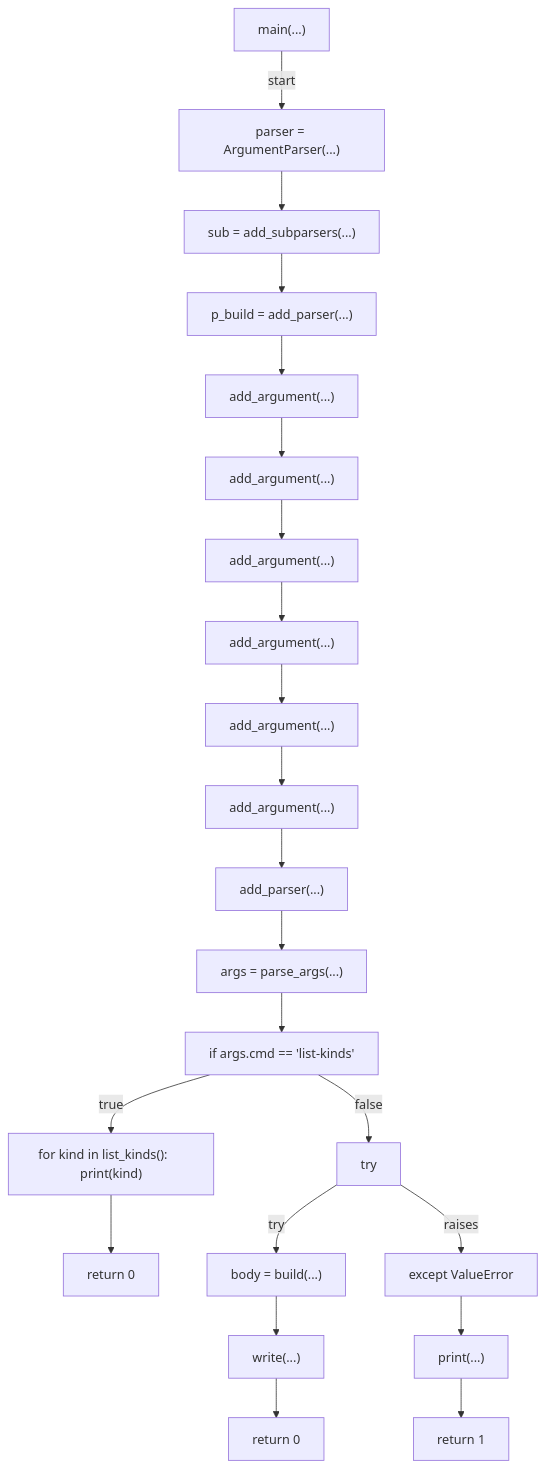
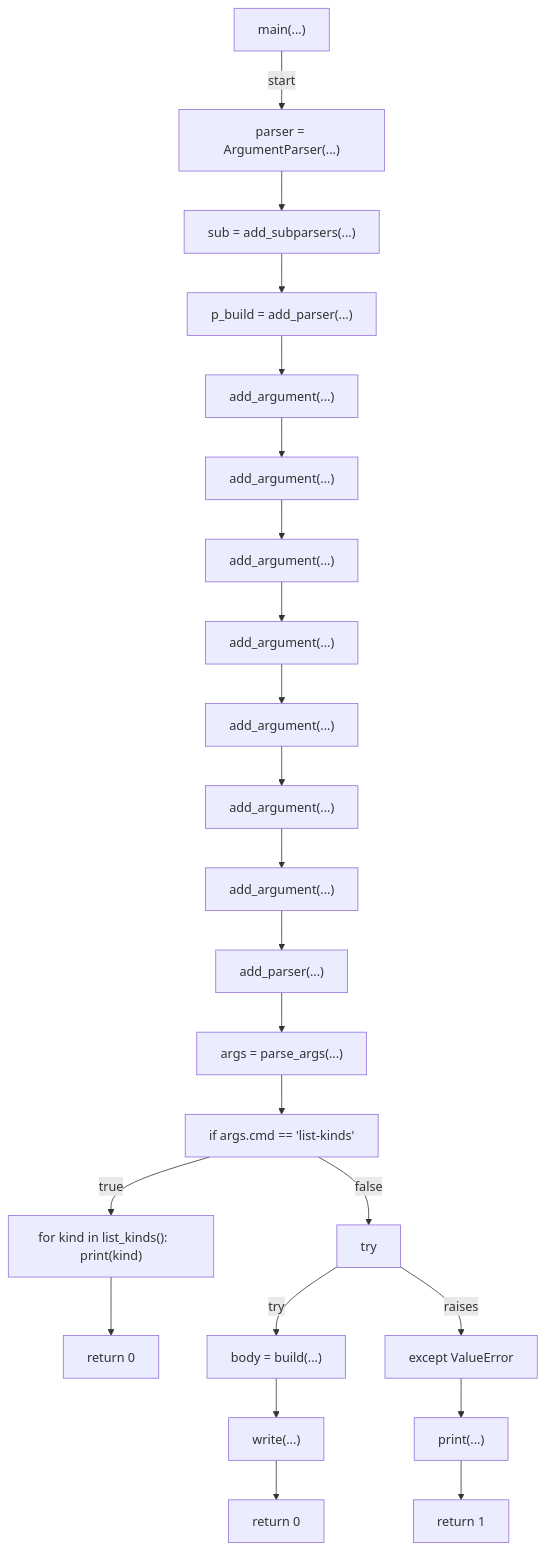
The fifth of 5 diagrams in docs/generated/scripts/ast/pr_body_builder.md (tvna/claude-md), drawn with Mermaid before and after one commit. The commit also changed other lines of this file and 1 other file, not shown here.

Commit message:
docs(generated): regenerate decision tree and workflow diagrams
Refs #960

````diff
--- a/docs/generated/scripts/ast/pr_body_builder.md
+++ b/docs/generated/scripts/ast/pr_body_builder.md
@@ -79,46 +86,48 @@
 ```mermaid
 flowchart TD
     N001["main(...)"]
     N002["parser = ArgumentParser(...)"]
     N003["sub = add_subparsers(...)"]
     N004["p_build = add_parser(...)"]
     N005["add_argument(...)"]
     N006["add_argument(...)"]
     N007["add_argument(...)"]
     N008["add_argument(...)"]
     N009["add_argument(...)"]
     N010["add_argument(...)"]
-    N011["add_parser(...)"]
-    N012["args = parse_args(...)"]
-    N013["if args.cmd == 'list-kinds'"]
-    N014["for kind in list_kinds():     print(kind)"]
-    N015["return 0"]
-    N016["try"]
-    N017["body = build(...)"]
-    N018["except ValueError"]
-    N019["print(...)"]
-    N020["return 1"]
-    N021["write(...)"]
-    N022["return 0"]
+    N011["add_argument(...)"]
+    N012["add_parser(...)"]
+    N013["args = parse_args(...)"]
+    N014["if args.cmd == 'list-kinds'"]
+    N015["for kind in list_kinds():     print(kind)"]
+    N016["return 0"]
+    N017["try"]
+    N018["body = build(...)"]
+    N019["except ValueError"]
+    N020["print(...)"]
+    N021["return 1"]
+    N022["write(...)"]
+    N023["return 0"]
     N001 -->|"start"| N002
     N002 --> N003
     N003 --> N004
     N004 --> N005
     N005 --> N006
     N006 --> N007
     N007 --> N008
     N008 --> N009
     N009 --> N010
     N010 --> N011
     N011 --> N012
     N012 --> N013
-    N013 -->|"true"| N014
-    N014 --> N015
-    N013 -->|"false"| N016
-    N016 -->|"try"| N017
-    N016 -->|"raises"| N018
-    N018 --> N019
+    N013 --> N014
+    N014 -->|"true"| N015
+    N015 --> N016
+    N014 -->|"false"| N017
+    N017 -->|"try"| N018
+    N017 -->|"raises"| N019
     N019 --> N020
-    N017 --> N021
-    N021 --> N022
+    N020 --> N021
+    N018 --> N022
+    N022 --> N023
 ```
````
